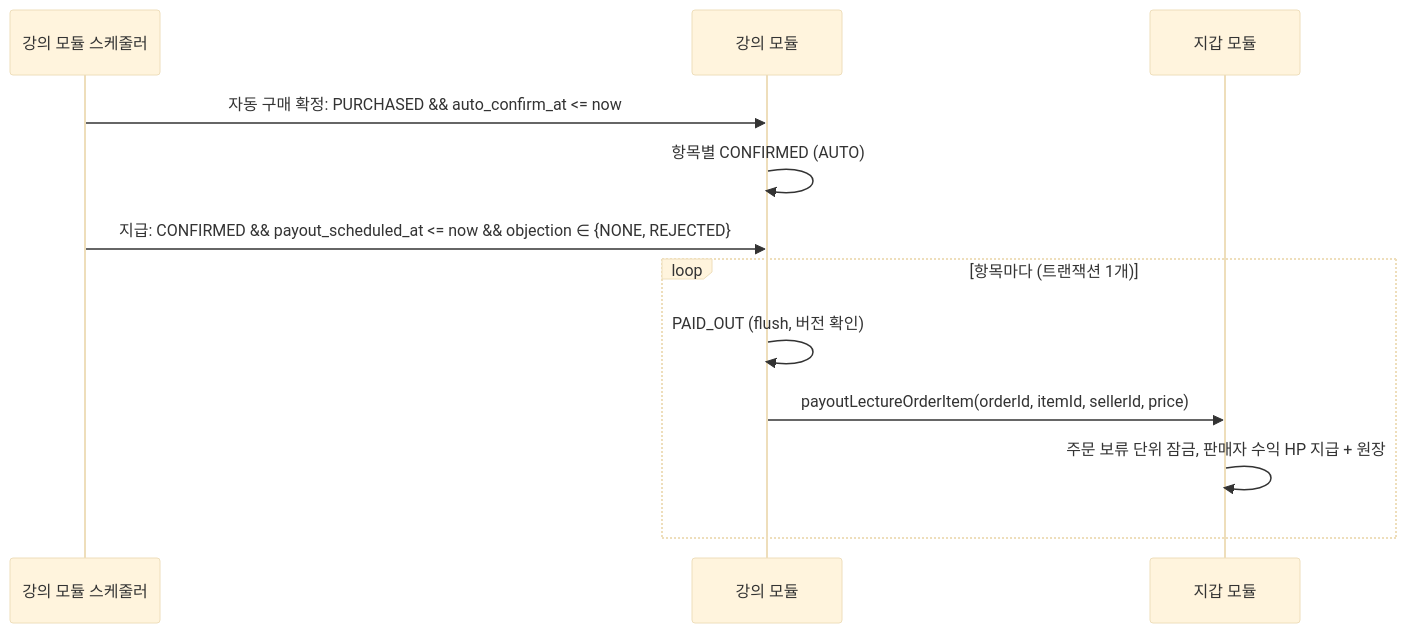
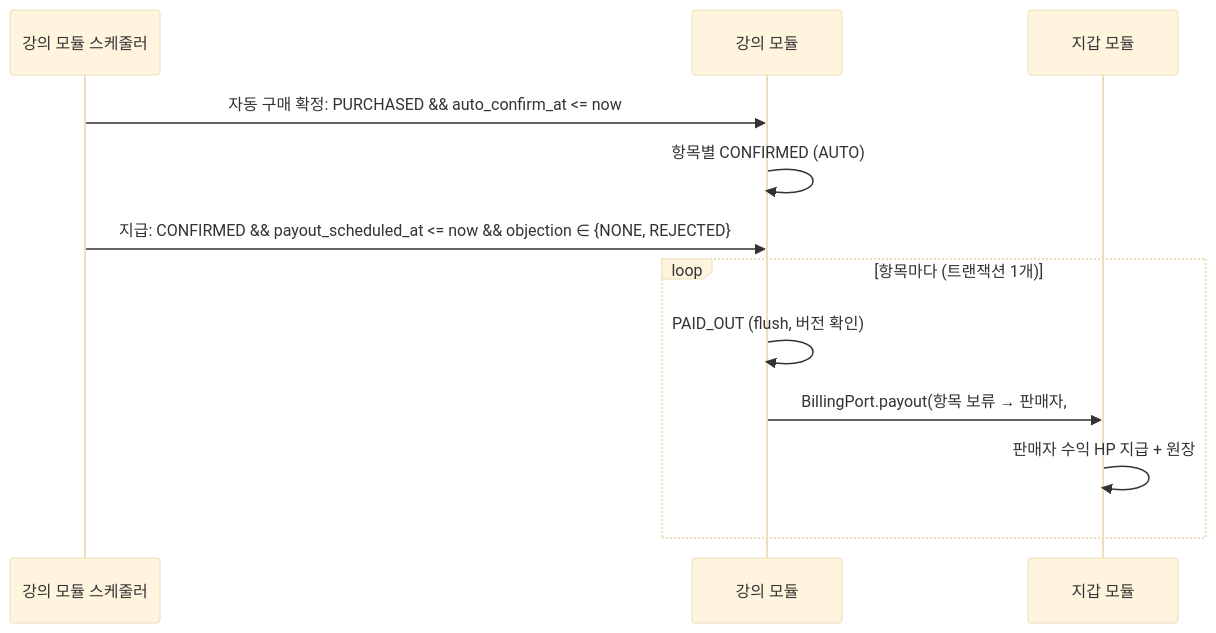
Before and after one commit to prgrms-be-adv-devcourse/beadv8_8_LMS_BE: the seventh of 9 diagrams in docs/design/lecture-module.md, drawn with Mermaid (base theme). The commit also changed other lines of this file and 18 other files, not shown here.

````diff
--- a/docs/design/lecture-module.md
+++ b/docs/design/lecture-module.md
@@ -479,14 +443,14 @@
 ```mermaid
 sequenceDiagram
     participant SCH as 강의 모듈 스케줄러
     participant LEC as 강의 모듈
     participant WAL as 지갑 모듈
     SCH->>LEC: 자동 구매 확정: PURCHASED && auto_confirm_at <= now
     LEC->>LEC: 항목별 CONFIRMED (AUTO)
     SCH->>LEC: 지급: CONFIRMED && payout_scheduled_at <= now && objection ∈ {NONE, REJECTED}
     loop 항목마다 (트랜잭션 1개)
         LEC->>LEC: PAID_OUT (flush, 버전 확인)
-        LEC->>WAL: payoutLectureOrderItem(orderId, itemId, sellerId, price)
-        WAL->>WAL: 주문 보류 단위 잠금, 판매자 수익 HP 지급 + 원장
+        LEC->>WAL: BillingPort.payout(항목 보류 → 판매자, #150)
+        WAL->>WAL: 판매자 수익 HP 지급 + 원장
     end
 ```
````
